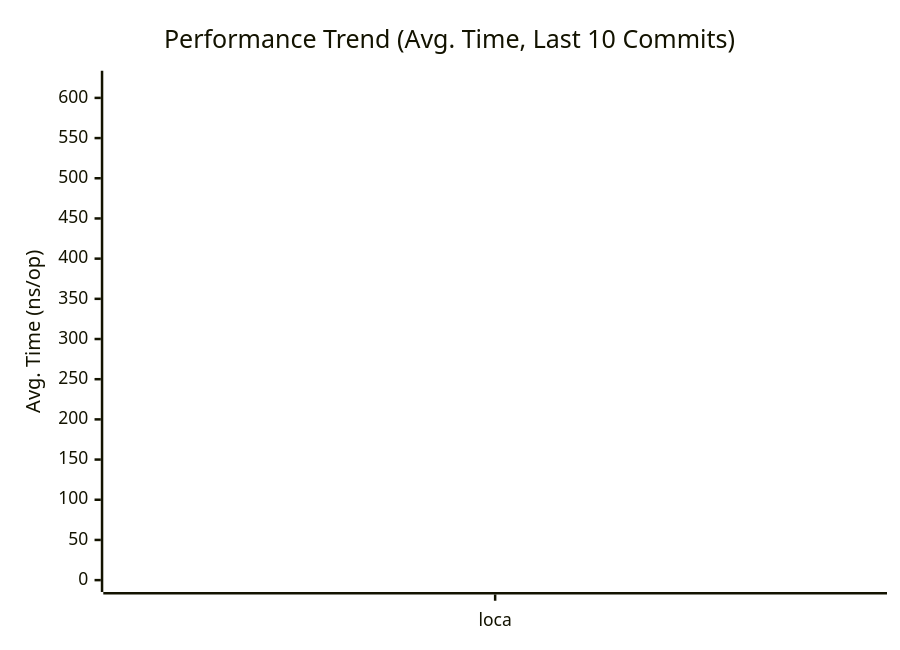
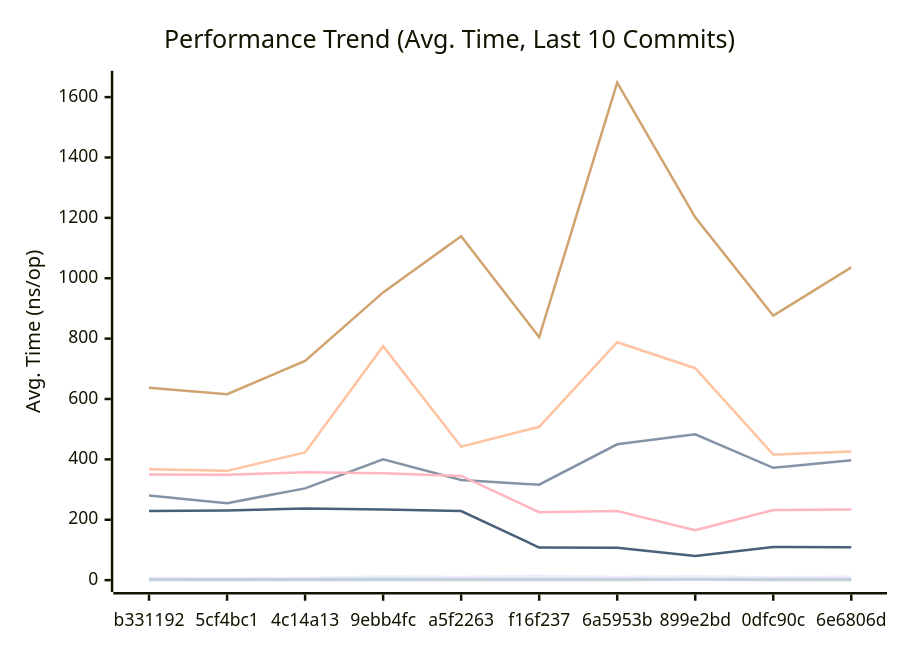
One commit to alsotoes/momo changed the first of 3 diagrams in docs/PERFORMANCE.md. Above: the diagram before and after it, drawn with Mermaid. The commit also changed other lines of this file and 14 other files, not shown here.

````diff
--- a/docs/PERFORMANCE.md
+++ b/docs/PERFORMANCE.md
@@ -80,16 +80,16 @@
 ```mermaid
 xychart-beta
     title "Performance Trend (Avg. Time, Last 10 Commits)"
     x-axis "Commit"
     y-axis "Avg. Time (ns/op)"
-    x-axis [loca]
-    line "CheckMetricsAndSwap" [6,7,14,7,6,6,7,7,6,8]
-    line "CrushOptimized" [265,295,618,264,255,245,263,280,255,293]
-    line "CrushOriginal" [399,426,831,362,367,368,359,367,362,401]
-    line "IndexDirectTracking" [0,0,1,0,0,0,0,0,0,0]
-    line "IndexSearch" [3,3,4,3,3,3,3,3,3,3]
-    line "LoadGlobalConfig" [619,815,1442,632,613,599,626,637,616,649]
-    line "PadString" [2,2,3,2,2,2,2,2,2,2]
+    x-axis [b331192,5cf4bc1,4c14a13,9ebb4fc,a5f2263,f16f237,6a5953b,899e2bd,0dfc90c,6e6806d]
+    line "CheckMetricsAndSwap" [7,6,7,12,10,14,10,13,9,11]
+    line "CrushOptimized" [280,255,304,400,332,316,450,483,372,397]
+    line "CrushOriginal" [367,362,423,775,442,508,788,702,416,426]
+    line "IndexDirectTracking" [0,0,0,0,0,0,0,1,0,0]
+    line "IndexSearch" [3,3,3,4,3,4,3,4,3,3]
+    line "LoadGlobalConfig" [637,616,726,953,1139,805,1648,1202,876,1036]
+    line "PadString" [2,2,2,2,3,3,3,3,2,3]
     line "ParseReplicationOrder_NoPrealloc" [350,349,357,354,345,225,229,165,232,234]
     line "ParseReplicationOrder_Prealloc" [229,231,237,234,229,108,107,80,110,109]
 ```
````
